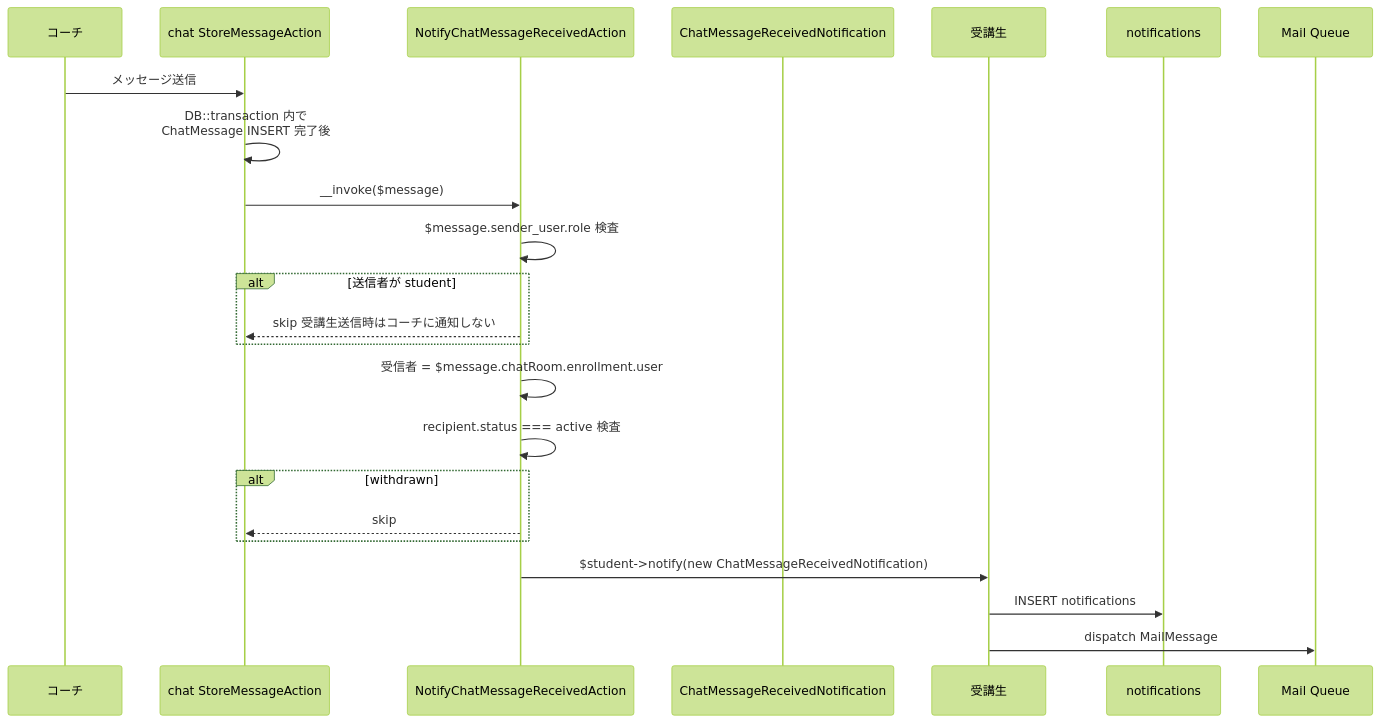
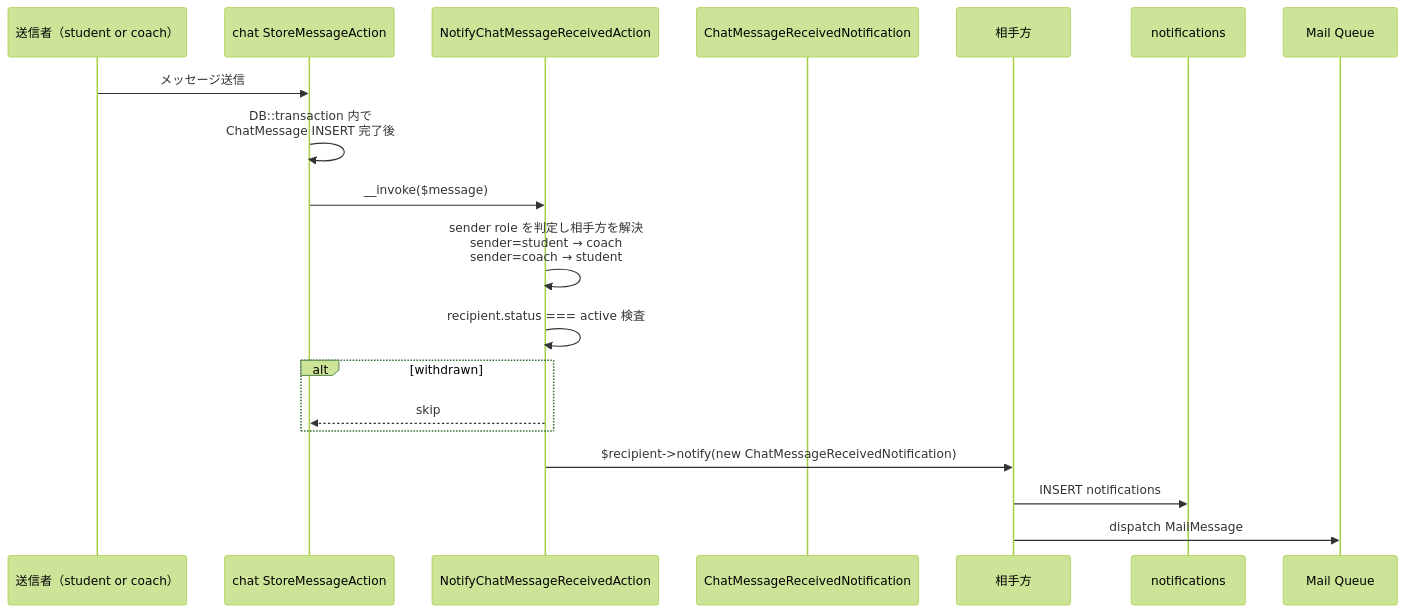
Before and after one commit to coachtech-mockcase-second/ExampleAnswer-mockcase-CertifyLMS: the second of 12 diagrams in docs/specs/notification/design.md, drawn with Mermaid (forest theme). The commit also changed other lines of this file and 17 other files, not shown here.

````diff
--- a/docs/specs/notification/design.md
+++ b/docs/specs/notification/design.md
@@ -53,26 +61,22 @@
 ```mermaid
 sequenceDiagram
-    participant Coach as コーチ
+    participant Sender as 送信者（student or coach）
     participant ChatSMA as chat StoreMessageAction
     participant NotifyA as NotifyChatMessageReceivedAction
     participant NClass as ChatMessageReceivedNotification
-    participant Student as 受講生
+    participant Recipient as 相手方
     participant DB as notifications
     participant Mail as Mail Queue
 
-    Coach->>ChatSMA: メッセージ送信
+    Sender->>ChatSMA: メッセージ送信
     ChatSMA->>ChatSMA: DB::transaction 内で<br/>ChatMessage INSERT 完了後
     ChatSMA->>NotifyA: __invoke($message)
-    NotifyA->>NotifyA: $message.sender_user.role 検査
-    alt 送信者が student
-        NotifyA-->>ChatSMA: skip 受講生送信時はコーチに通知しない
-    end
-    NotifyA->>NotifyA: 受信者 = $message.chatRoom.enrollment.user
+    NotifyA->>NotifyA: sender role を判定し相手方を解決<br/>sender=student → coach<br/>sender=coach → student
     NotifyA->>NotifyA: recipient.status === active 検査
     alt withdrawn
         NotifyA-->>ChatSMA: skip
     end
-    NotifyA->>Student: $student->notify(new ChatMessageReceivedNotification)
-    Student->>DB: INSERT notifications
-    Student->>Mail: dispatch MailMessage
+    NotifyA->>Recipient: $recipient->notify(new ChatMessageReceivedNotification)
+    Recipient->>DB: INSERT notifications
+    Recipient->>Mail: dispatch MailMessage
 ```
````
